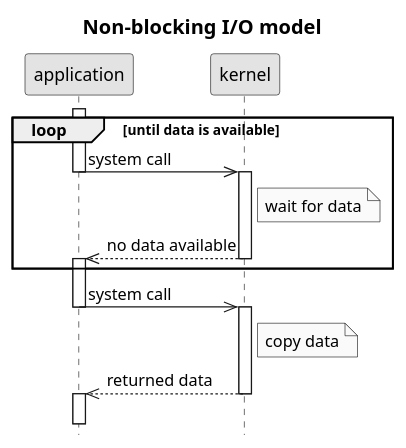
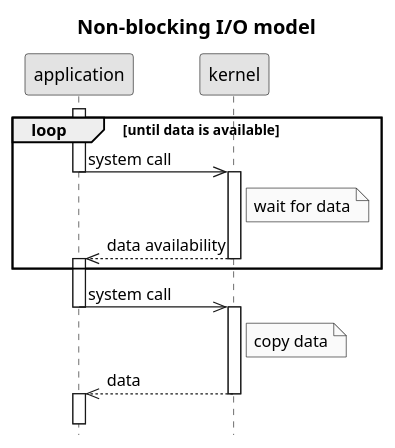
The diagram in .images/non-blocking IO model.puml (c0p4c4b4n4/demo-sockets-io-nio-nio2), drawn with PlantUML before and after one commit. The commit also changed 3 other files, not shown here.

```diff
--- a/.images/non-blocking IO model.puml
+++ b/.images/non-blocking IO model.puml
@@ -1,24 +1,24 @@
 @startuml
 title Non-blocking I/O model
 hide footbox
 skinparam monochrome true
 skinparam titleFontSize 16
 activate application
 loop until data is available
     application->>kernel: system call
     deactivate application
     activate kernel
     Note right of kernel: wait for data
-    kernel-->>application: no data available
+    kernel-->>application: data availability
     deactivate kernel
     activate application
 end
 application->>kernel: system call
 deactivate application
 activate kernel
 Note right of kernel: copy data
-kernel-->>application: returned data
+kernel-->>application: data
 deactivate kernel
 activate application
 ||15||
 @enduml
```
